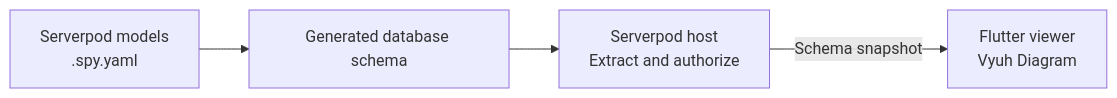
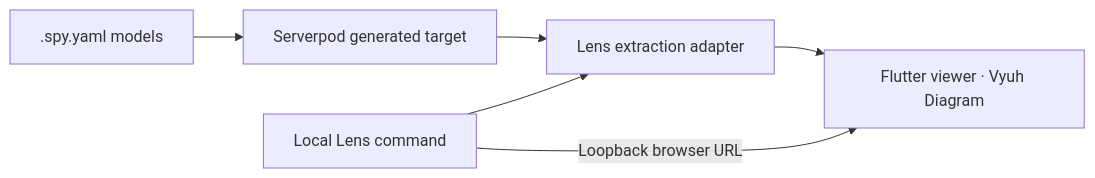
The diagram in README.md (vyuh-tech/serverpod_lens), drawn with Mermaid before and after one commit. The commit also changed other lines of this file and 35 other files, not shown here.

Commit message:
feat(cli): harden local launch and verify monorepo examples

````diff
--- a/README.md
+++ b/README.md
@@ -31,6 +30,8 @@
 ```mermaid
 flowchart LR
-    models["Serverpod models<br/>.spy.yaml"] --> target["Generated database schema"]
-    target --> backend["Serverpod host<br/>Extract and authorize"]
-    backend -->|"Schema snapshot"| viewer["Flutter viewer<br/>Vyuh Diagram"]
+    models[".spy.yaml models"] --> target["Serverpod generated target"]
+    target --> adapter["Lens extraction adapter"]
+    adapter --> viewer["Flutter viewer · Vyuh Diagram"]
+    cli["Local Lens command"] --> adapter
+    cli -->|"Loopback browser URL"| viewer
 ```
````
